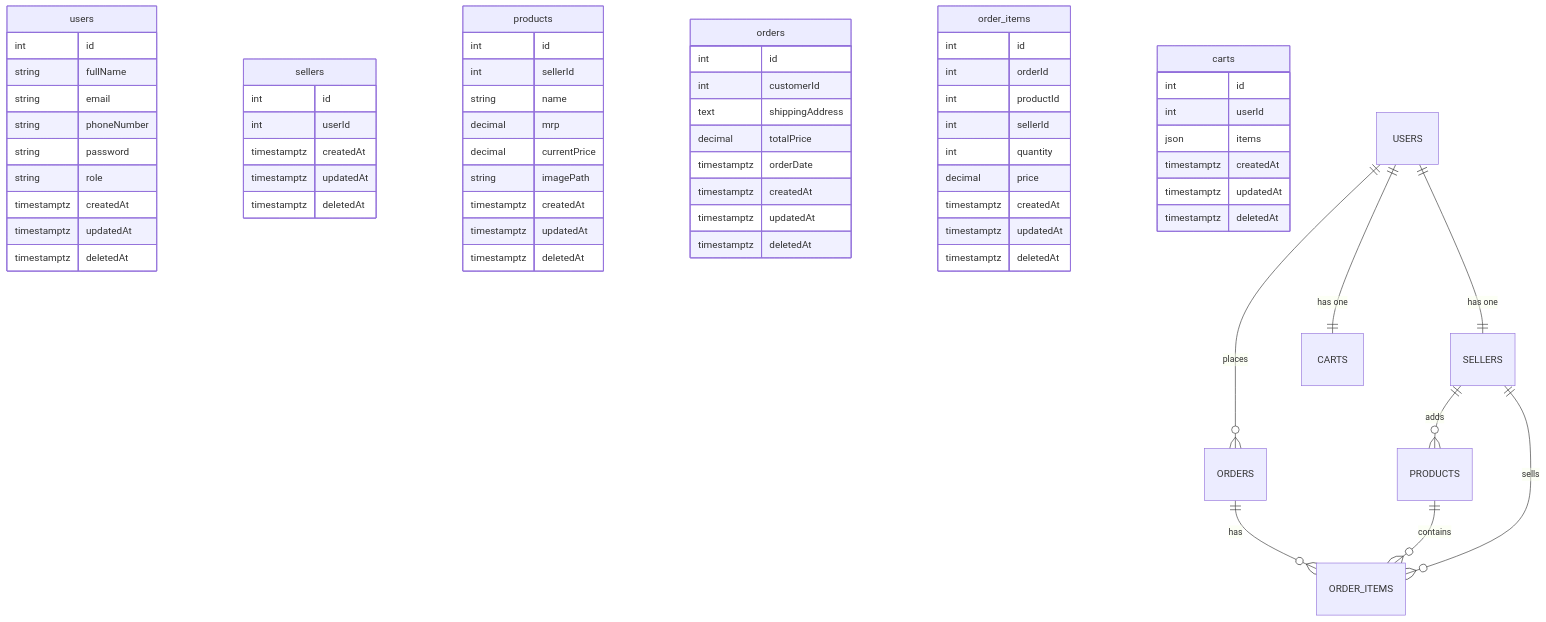
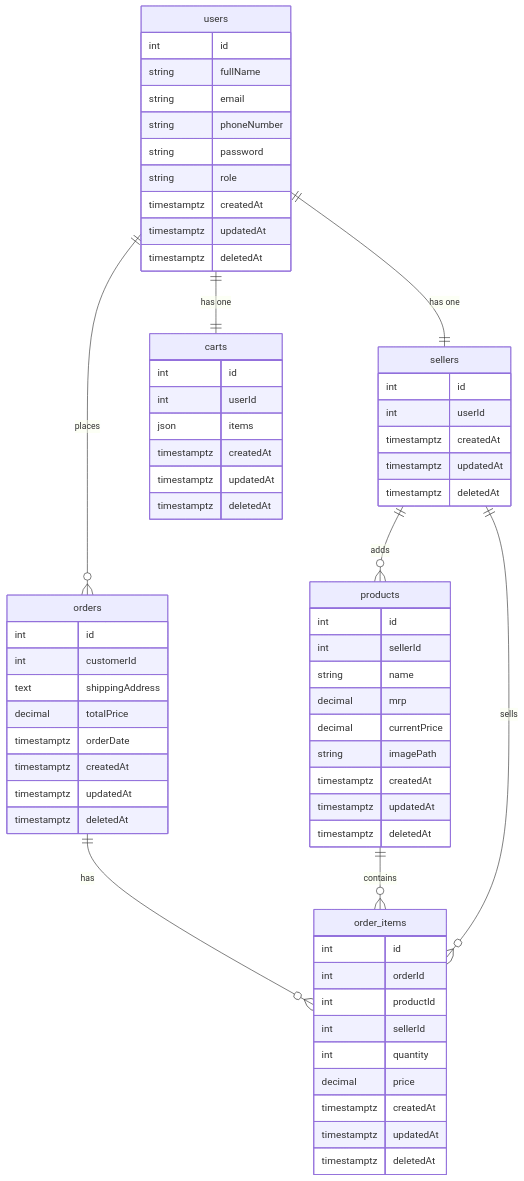
Before and after one commit to lovish-ab/grocery_delivery_docs: the diagram in docs/schema_design.md, drawn with Mermaid.

Commit message:
chore : update

````diff
--- a/docs/schema_design.md
+++ b/docs/schema_design.md
@@ -1,75 +1,75 @@
 ```mermaid
 erDiagram
 
     users{
         int id
         string fullName
         string email
         string phoneNumber
         string password
         string role
         timestamptz createdAt
         timestamptz updatedAt
         timestamptz deletedAt
     }
 
     sellers {
         int id
         int userId
         timestamptz createdAt
         timestamptz updatedAt
         timestamptz deletedAt
     }
 
     products {
         int id
         int sellerId
         string name
         decimal mrp
         decimal currentPrice
         string imagePath
         timestamptz createdAt
         timestamptz updatedAt
         timestamptz deletedAt
     }
 
     orders {
         int id
         int customerId
         text shippingAddress
         decimal totalPrice
         timestamptz orderDate
         timestamptz createdAt
         timestamptz updatedAt
         timestamptz deletedAt
     }
 
     order_items {
         int id
         int orderId
         int productId
         int sellerId
         int quantity
         decimal price
         timestamptz createdAt
         timestamptz updatedAt
         timestamptz deletedAt
     }
 
     carts {
         int id
         int userId
         json items
         timestamptz createdAt
         timestamptz updatedAt
         timestamptz deletedAt
     }
 
-    USERS ||--|| SELLERS : "has one"
-    USERS ||--|| CARTS   : "has one"
-    SELLERS ||--o{ PRODUCTS    : "adds"
-    USERS   ||--o{ ORDERS      : "places"
-    ORDERS  ||--o{ ORDER_ITEMS : "has"
-    PRODUCTS||--o{ ORDER_ITEMS : "contains"
-    SELLERS ||--o{ ORDER_ITEMS : "sells"
+    users ||--|| sellers : "has one"
+    users ||--|| carts   : "has one"
+    sellers ||--o{ products    : "adds"
+    users   ||--o{ orders      : "places"
+    orders  ||--o{ order_items: "has"
+    products||--o{ order_items: "contains"
+    sellers ||--o{ order_items  : "sells"
 ```
````
